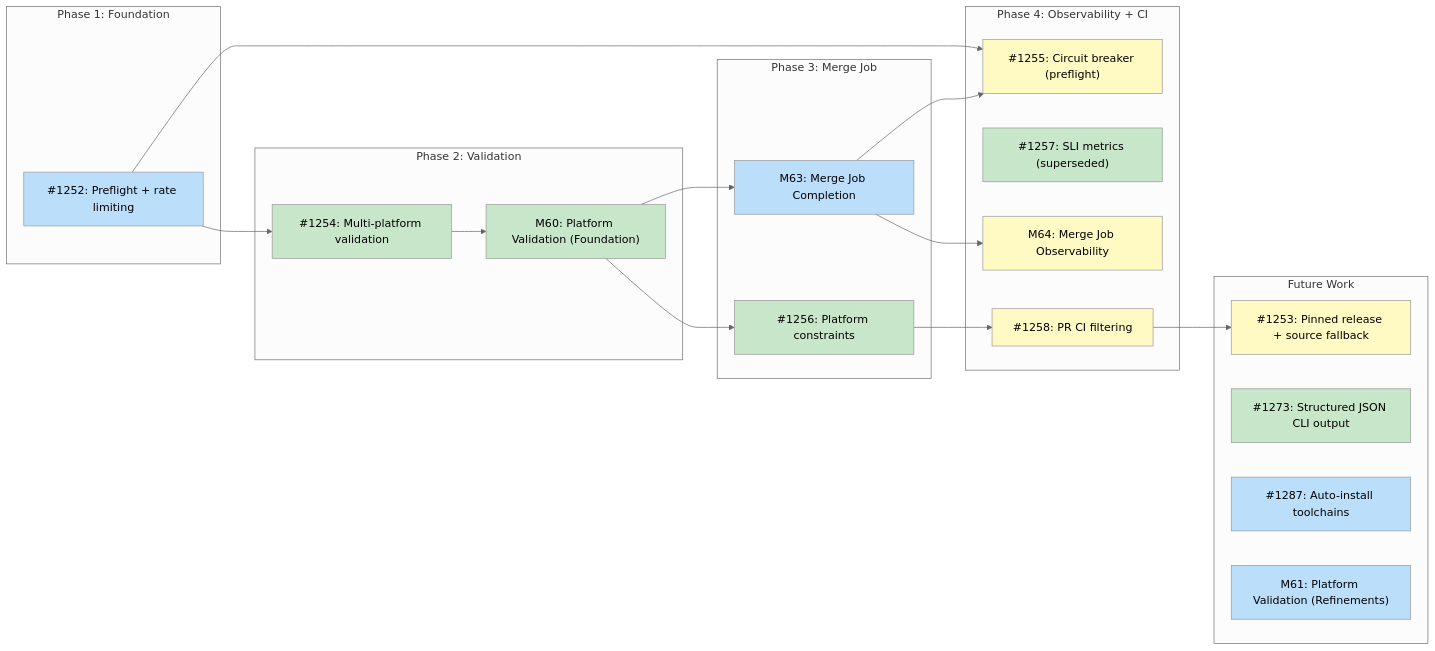
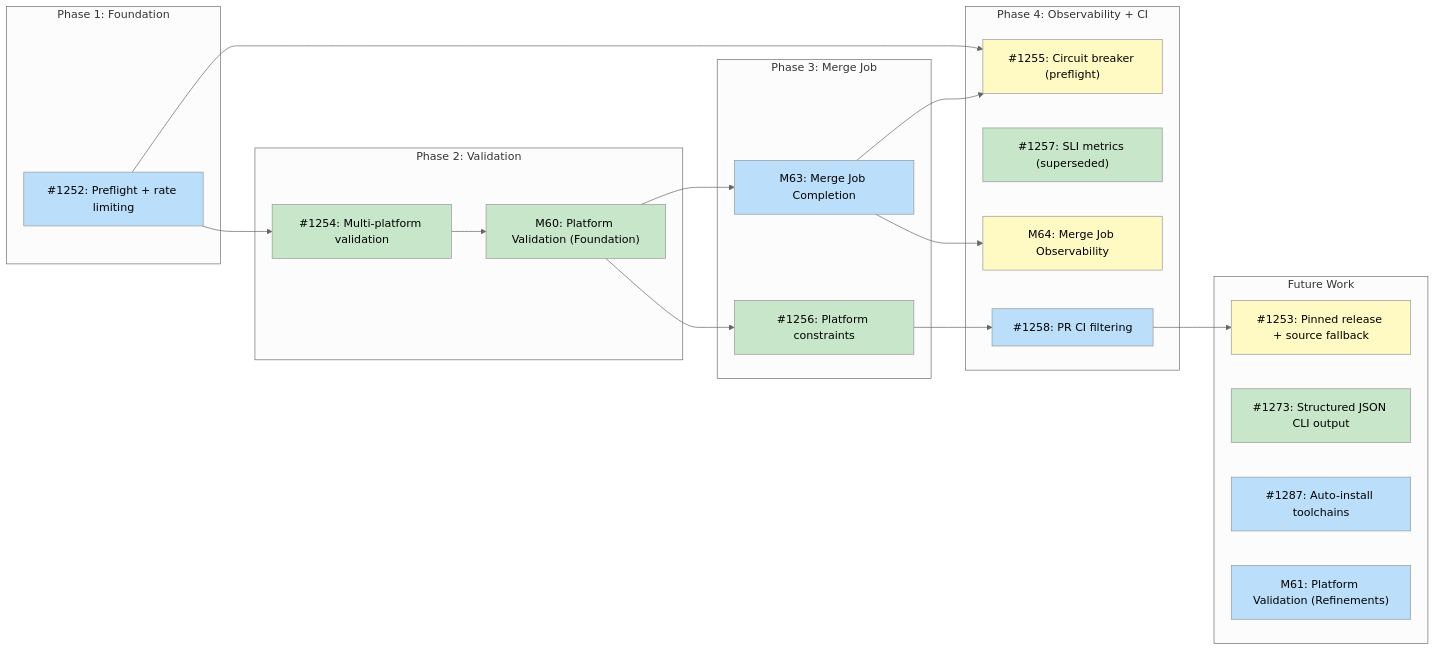
The diagram in docs/designs/DESIGN-batch-recipe-generation.md (tsukumogami/tsuku), drawn with Mermaid (neutral theme) before and after one commit.

Commit message:
fix: mark #1258 as ready (no open blockers)

````diff
--- a/docs/designs/DESIGN-batch-recipe-generation.md
+++ b/docs/designs/DESIGN-batch-recipe-generation.md
@@ -34,50 +34,51 @@
 ```mermaid
 graph LR
     subgraph Phase1["Phase 1: Foundation"]
         I1252["#1252: Preflight + rate limiting"]
     end
 
     subgraph Phase2["Phase 2: Validation"]
         I1254["#1254: Multi-platform validation"]
         M60["M60: Platform Validation (Foundation)"]
     end
 
     subgraph Phase3["Phase 3: Merge Job"]
         I1256["#1256: Platform constraints"]
         M63["M63: Merge Job Completion"]
     end
 
     subgraph Phase4["Phase 4: Observability + CI"]
         I1255["#1255: Circuit breaker (preflight)"]
         I1257["#1257: SLI metrics (superseded)"]
         M64["M64: Merge Job Observability"]
         I1258["#1258: PR CI filtering"]
     end
 
     subgraph Future["Future Work"]
         I1253["#1253: Pinned release + source fallback"]
         I1273["#1273: Structured JSON CLI output"]
         I1287["#1287: Auto-install toolchains"]
         M61["M61: Platform Validation (Refinements)"]
     end
 
     I1252 --> I1254
     I1254 --> M60
     M60 --> I1256
     M60 --> M63
     I1256 --> I1258
     I1258 --> I1253
     M63 --> I1255
     I1252 --> I1255
     M63 --> M64
 
     classDef done fill:#c8e6c9
     classDef ready fill:#bbdefb
     classDef blocked fill:#fff9c4
     classDef needsDesign fill:#e1bee7
 
     class I1254,I1273,I1257 done
     class M60,I1256 done
     class I1252,I1287,M61,M63 ready
-    class I1253,I1255,I1258,M64 blocked
+    class I1253,I1255,M64 blocked
+    class I1258 ready
 ```
````
